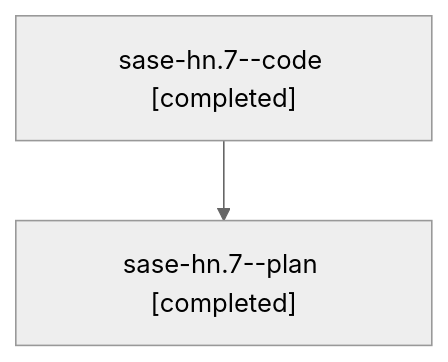
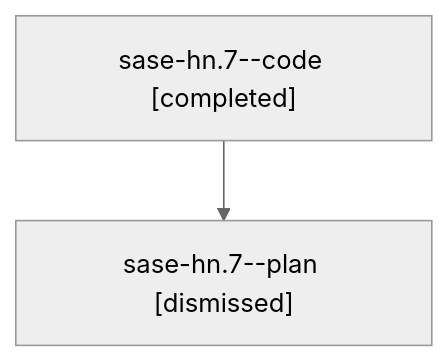
One commit to sase-org/sase--agents changed the diagram in families/bbugyi200.athena.sase-hn.7.md. Above: the diagram before and after it, drawn with Mermaid (neutral theme). The commit also changed other lines of this file and 2170 other files, not shown here.

````diff
--- a/families/bbugyi200.athena.sase-hn.7.md
+++ b/families/bbugyi200.athena.sase-hn.7.md
@@ -9,6 +9,6 @@
 ```mermaid
 flowchart TD
   n0["sase-hn.7--code [completed]"]
-  n1["sase-hn.7--plan [completed]"]
+  n1["sase-hn.7--plan [dismissed]"]
   n0 --> n1
 ```
````
